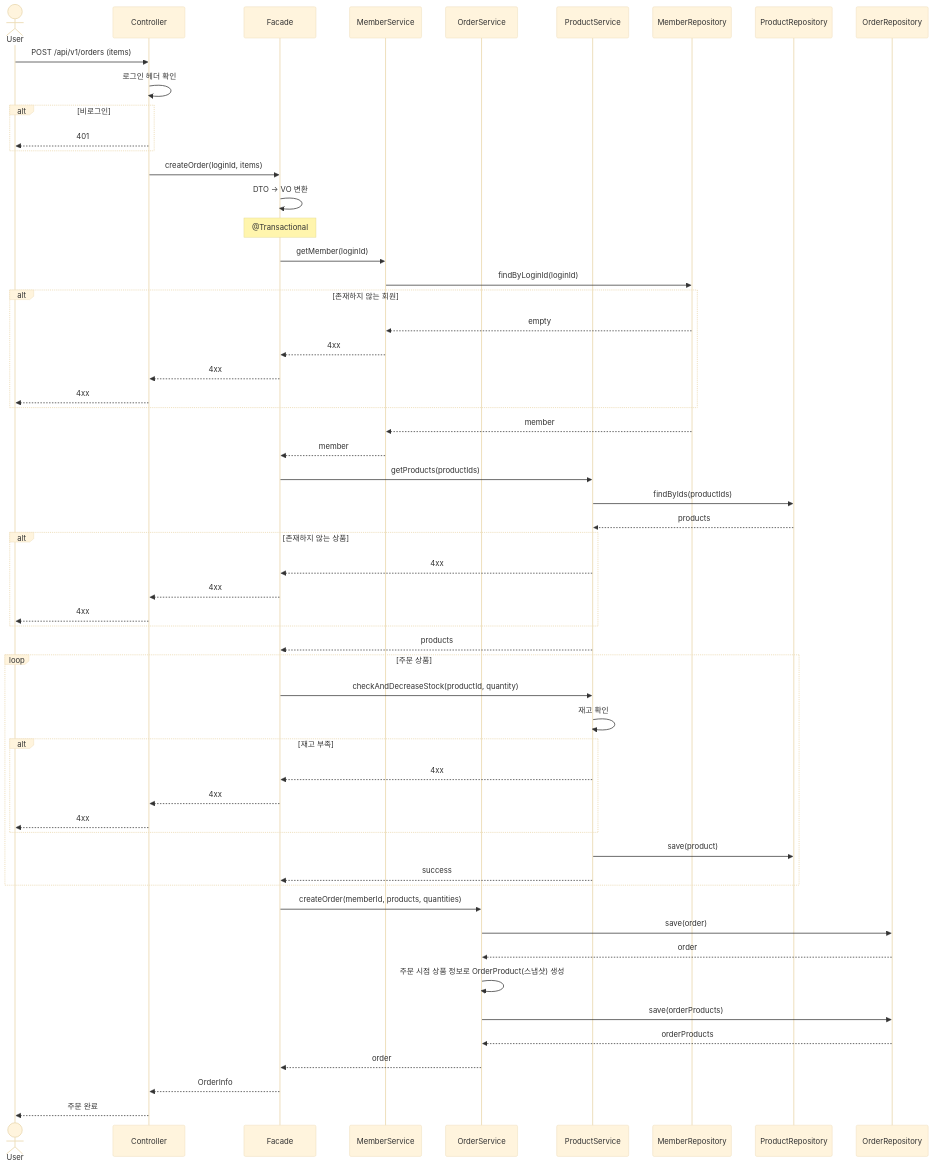
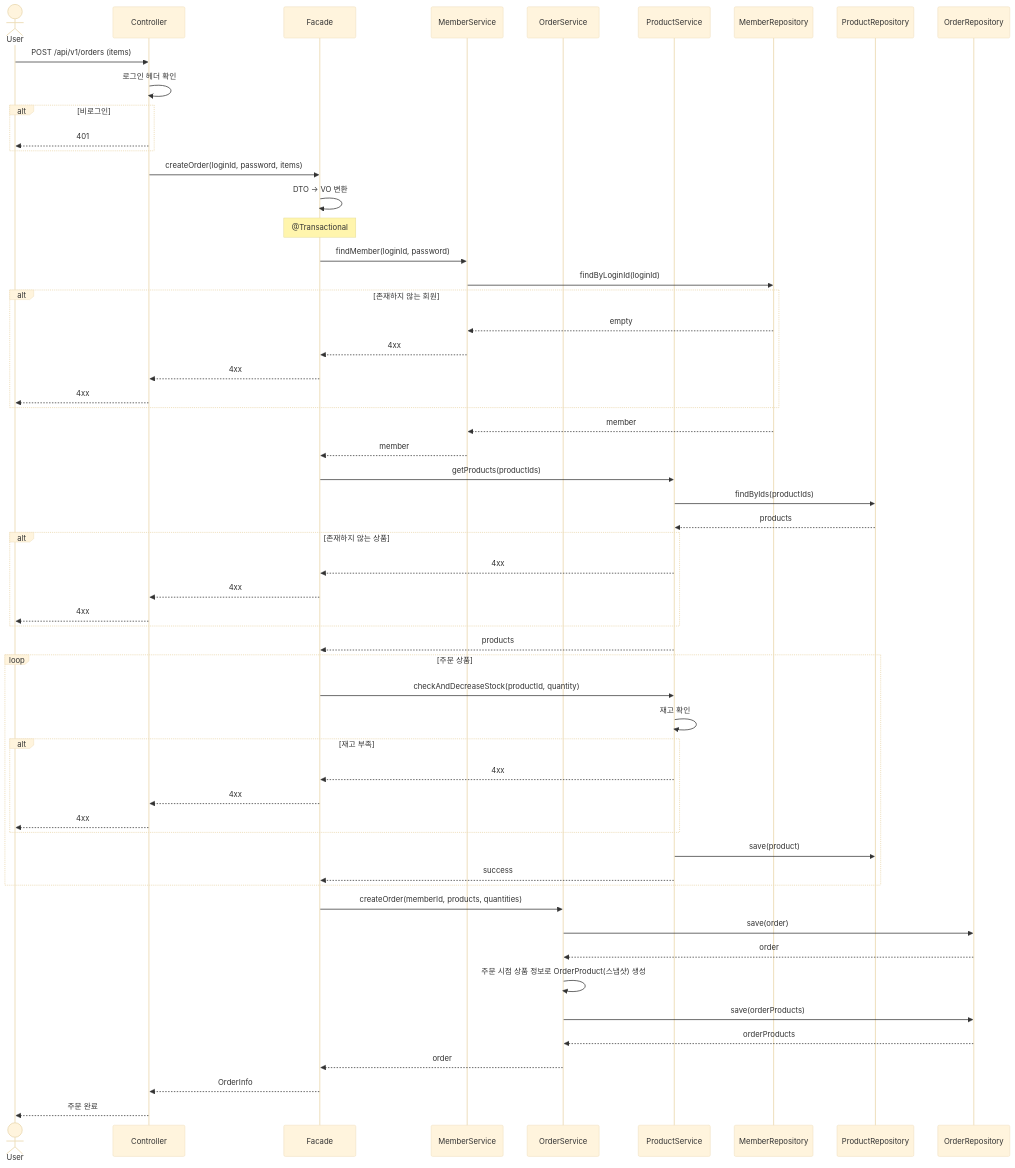
Before and after one commit to Loopers-dev-lab/loop-pack-be-l2-vol3-java: the seventh of 21 diagrams in docs/design/02-sequence-diagrams.md, drawn with Mermaid (base theme). The commit also changed other lines of this file and 2 other files, not shown here.

````diff
--- a/docs/design/02-sequence-diagrams.md
+++ b/docs/design/02-sequence-diagrams.md
@@ -413,69 +413,69 @@
 ```mermaid
 sequenceDiagram
     actor User
     participant Controller
     participant Facade
     participant MemberService
     participant OrderService
     participant ProductService
     participant MemberRepository
     participant ProductRepository
     participant OrderRepository
 
     User->>Controller: POST /api/v1/orders (items)
     Controller->>Controller: 로그인 헤더 확인
 
     alt 비로그인
         Controller-->>User: 401
     end
 
-    Controller->>Facade: createOrder(loginId, items)
+    Controller->>Facade: createOrder(loginId, password, items)
     Facade->>Facade: DTO → VO 변환
     Note over Facade: @Transactional
 
-    Facade->>MemberService: getMember(loginId)
+    Facade->>MemberService: findMember(loginId, password)
     MemberService->>MemberRepository: findByLoginId(loginId)
     alt 존재하지 않는 회원
         MemberRepository-->>MemberService: empty
         MemberService-->>Facade: 4xx
         Facade-->>Controller: 4xx
         Controller-->>User: 4xx
     end
     MemberRepository-->>MemberService: member
     MemberService-->>Facade: member
 
     Facade->>ProductService: getProducts(productIds)
     ProductService->>ProductRepository: findByIds(productIds)
     ProductRepository-->>ProductService: products
 
     alt 존재하지 않는 상품
         ProductService-->>Facade: 4xx
         Facade-->>Controller: 4xx
         Controller-->>User: 4xx
     end
 
     ProductService-->>Facade: products
 
     loop 주문 상품
         Facade->>ProductService: checkAndDecreaseStock(productId, quantity)
         ProductService->>ProductService: 재고 확인
         alt 재고 부족
             ProductService-->>Facade: 4xx
             Facade-->>Controller: 4xx
             Controller-->>User: 4xx
         end
         ProductService->>ProductRepository: save(product)
         ProductService-->>Facade: success
     end
 
     Facade->>OrderService: createOrder(memberId, products, quantities)
     OrderService->>OrderRepository: save(order)
     OrderRepository-->>OrderService: order
     OrderService->>OrderService: 주문 시점 상품 정보로 OrderProduct(스냅샷) 생성
     OrderService->>OrderRepository: save(orderProducts)
     OrderRepository-->>OrderService: orderProducts
 
     OrderService-->>Facade: order
     Facade-->>Controller: OrderInfo
     Controller-->>User: 주문 완료
 ```
````
